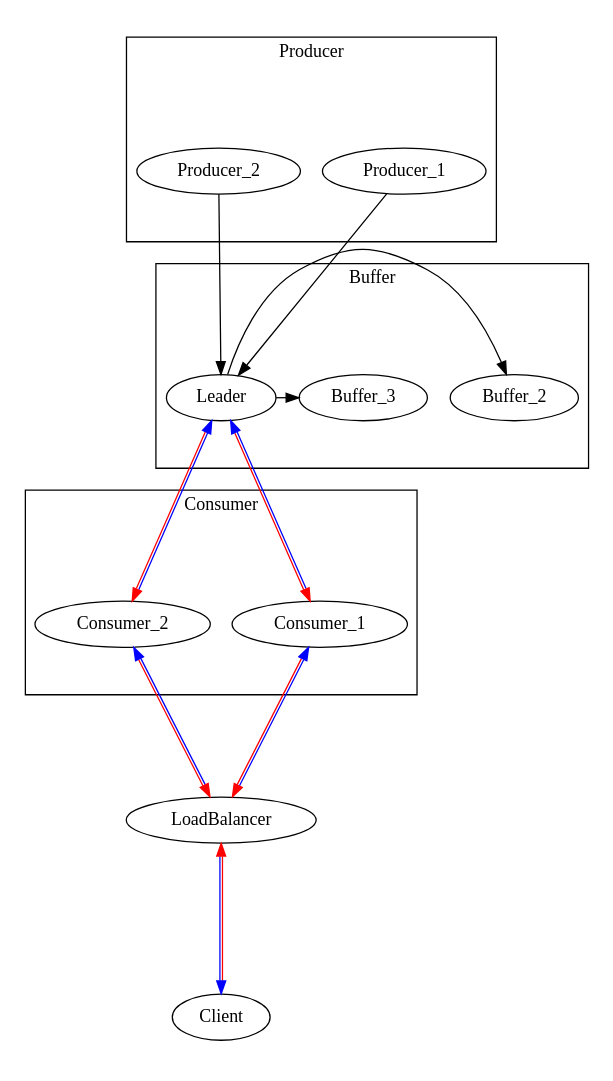
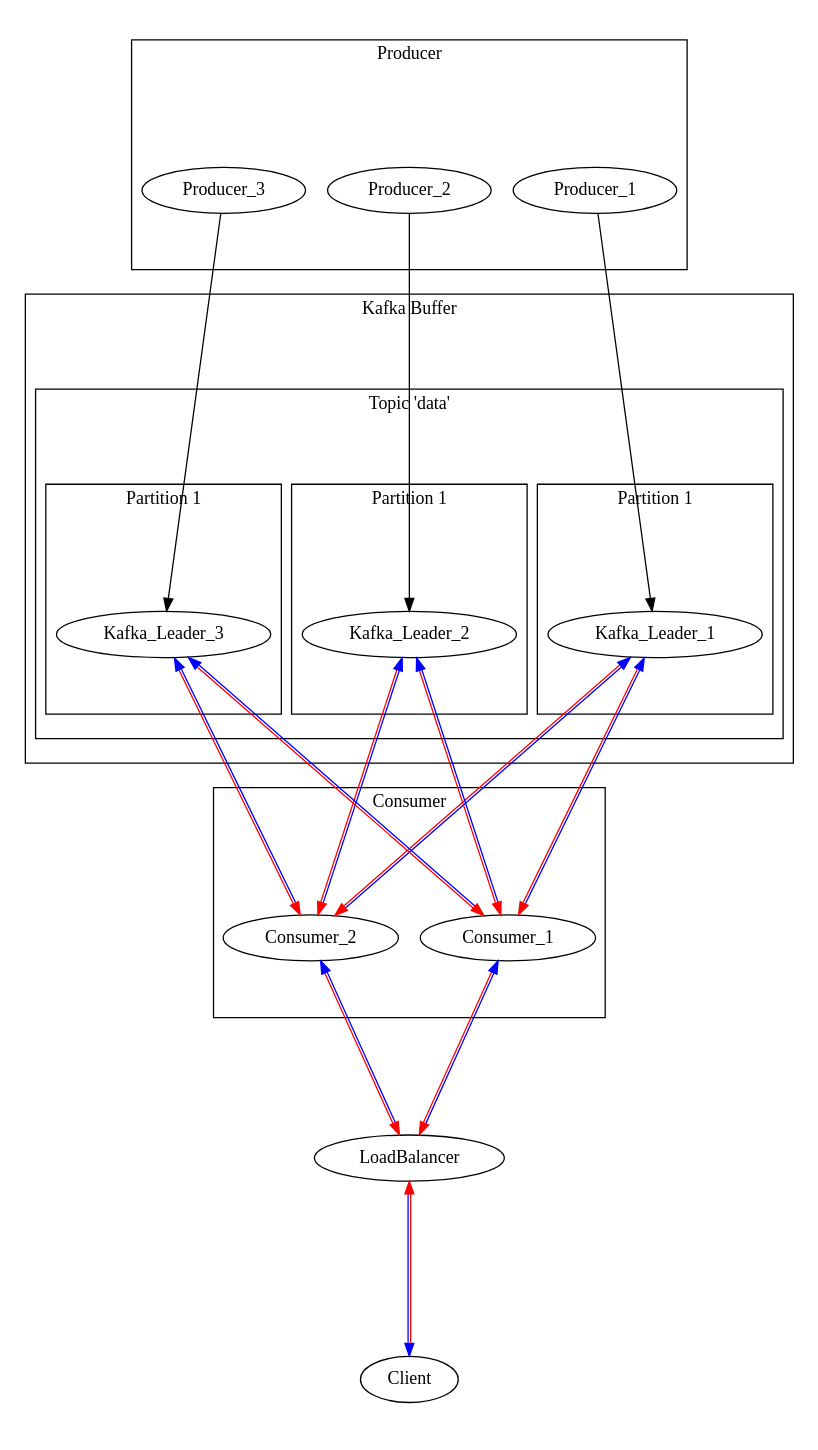
The diagram in graphviz/scene_ldblc_multiprod_buffer.dot (KeyboardKobold/go-failover), drawn with Graphviz before and after one commit.

Commit message:
changed buffer architecture to reflect envisioned architecture

```diff
--- a/graphviz/scene_ldblc_multiprod_buffer.dot
+++ b/graphviz/scene_ldblc_multiprod_buffer.dot
@@ -1,30 +1,47 @@
 digraph {
 
     overlap=scale
     ratio="1.8"
     compound=true;
 
     subgraph cluster0 {
         label="Consumer";
         Consumer_1; Consumer_2;
     }
 
     subgraph cluster1 {
         label="Producer";
-        Producer_1; Producer_2;
+        Producer_1; Producer_2; Producer_3;
     }
 
     subgraph cluster2 {
-            label="Buffer";
-            { rank = source; Buffer_1 [label="Leader"]; Buffer_2; Buffer_3; }
+        label="Kafka Buffer";
 
+        subgraph cluster3{
+            label="Topic 'data'"
+
+            subgraph cluster4{
+                label="Partition 1"
+                Kafka_Leader_1
+            }
+            subgraph cluster5{
+                label="Partition 1"
+                Kafka_Leader_2
+            }
+            subgraph cluster6{
+                label="Partition 1"
+                Kafka_Leader_3
+            }
+        }
     }
 
-    {Producer_1 Producer_2} -> Buffer_1
-    Buffer_1 -> { Buffer_2 Buffer_3}
-    Buffer_1 -> { Consumer_1 Consumer_2 } [dir=both color="red:blue"]
+    Producer_1 -> Kafka_Leader_1
+    Producer_2 -> Kafka_Leader_2
+    Producer_3 -> Kafka_Leader_3
+
+    { Kafka_Leader_1 Kafka_Leader_2 Kafka_Leader_3 } -> { Consumer_1 Consumer_2 } [dir=both color="red:blue"]
     { Consumer_1 Consumer_2 } -> LoadBalancer [dir=both color="red:blue"]
     { rank = sink; Client }
     Client -> LoadBalancer [dir=both color="red:blue" constraint=false]
 
 }
```
